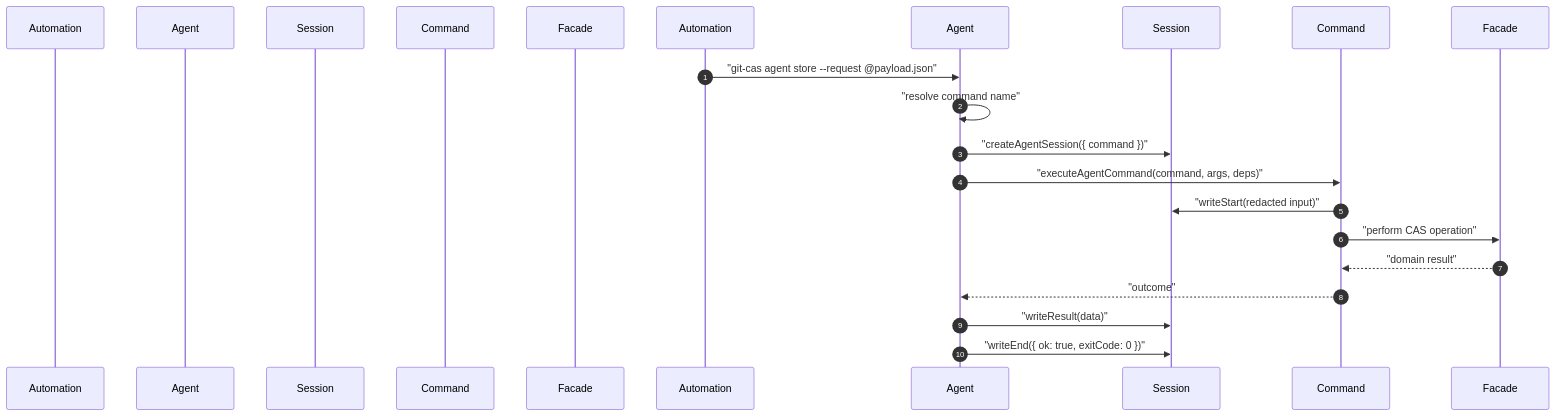
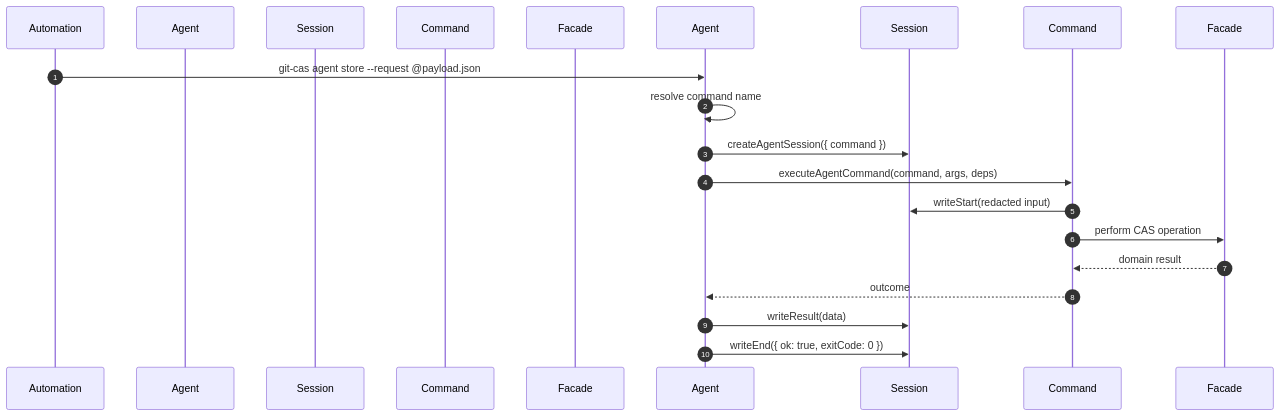
Before and after one commit to git-stunts/git-cas: diagram 14 of 24 in docs/TECHNICAL_TEARDOWN.md, drawn with Mermaid. The commit also changed other lines of this file, not shown here.

Commit message:
docs: Update TECHNICAL_TEARDOWN Mind Map

````diff
--- a/docs/TECHNICAL_TEARDOWN.md
+++ b/docs/TECHNICAL_TEARDOWN.md
@@ -644,20 +644,20 @@
 ```mermaid
 sequenceDiagram
     autonumber
-    participant "Automation" as Automation
-    participant "runAgentCli()" as Agent
-    participant "AgentSession" as Session
-    participant "executeAgentCommand()" as Command
-    participant "ContentAddressableStore" as Facade
+    participant Automation as Automation
+    participant runAgentCli() as Agent
+    participant AgentSession as Session
+    participant executeAgentCommand() as Command
+    participant ContentAddressableStore as Facade
 
-    Automation->>Agent: "git-cas agent store --request @payload.json"
-    Agent->>Agent: "resolve command name"
-    Agent->>Session: "createAgentSession({ command })"
-    Agent->>Command: "executeAgentCommand(command, args, deps)"
-    Command->>Session: "writeStart(redacted input)"
-    Command->>Facade: "perform CAS operation"
-    Facade-->>Command: "domain result"
-    Command-->>Agent: "outcome"
-    Agent->>Session: "writeResult(data)"
-    Agent->>Session: "writeEnd({ ok: true, exitCode: 0 })"
+    Automation->>Agent: git-cas agent store --request @payload.json
+    Agent->>Agent: resolve command name
+    Agent->>Session: createAgentSession({ command })
+    Agent->>Command: executeAgentCommand(command, args, deps)
+    Command->>Session: writeStart(redacted input)
+    Command->>Facade: perform CAS operation
+    Facade-->>Command: domain result
+    Command-->>Agent: outcome
+    Agent->>Session: writeResult(data)
+    Agent->>Session: writeEnd({ ok: true, exitCode: 0 })
 ```
````
